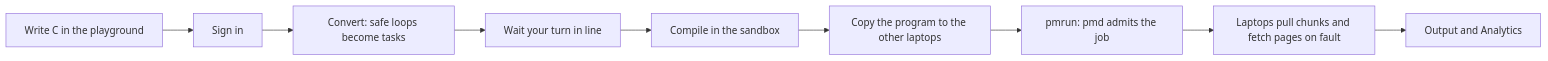
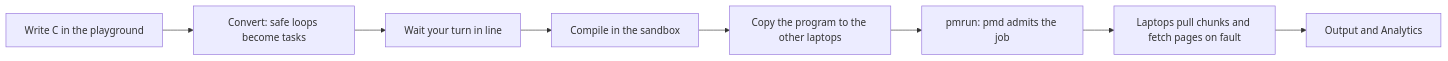
Before and after one commit to Group21-Computer-Networks/Paramesh: the diagram in README.md, drawn with Mermaid. The commit also changed other lines of this file and 7 other files, not shown here.

````diff
--- a/README.md
+++ b/README.md
@@ -31,11 +31,10 @@
 ```mermaid
 flowchart LR
-    A[Write C in the playground] --> B[Sign in]
-    B --> C[Convert: safe loops become tasks]
+    A[Write C in the playground] --> C[Convert: safe loops become tasks]
     C --> D[Wait your turn in line]
     D --> E[Compile in the sandbox]
     E --> F[Copy the program to the other laptops]
     F --> G[pmrun: pmd admits the job]
     G --> H[Laptops pull chunks and fetch pages on fault]
     H --> I[Output and Analytics]
 ```
````
